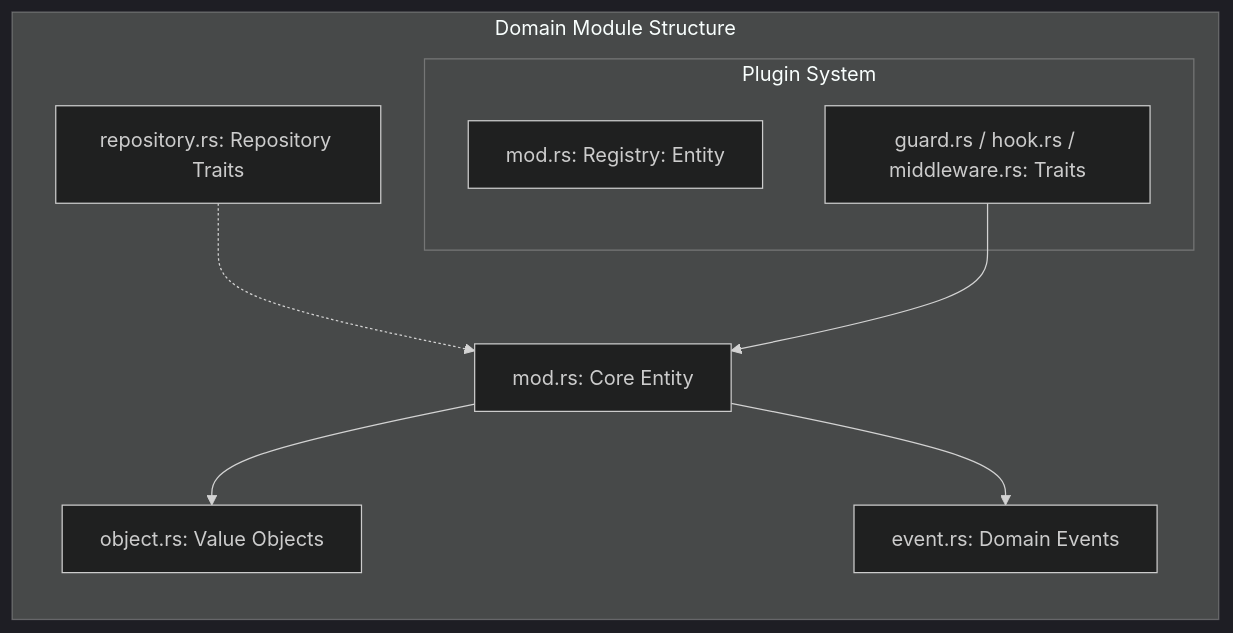
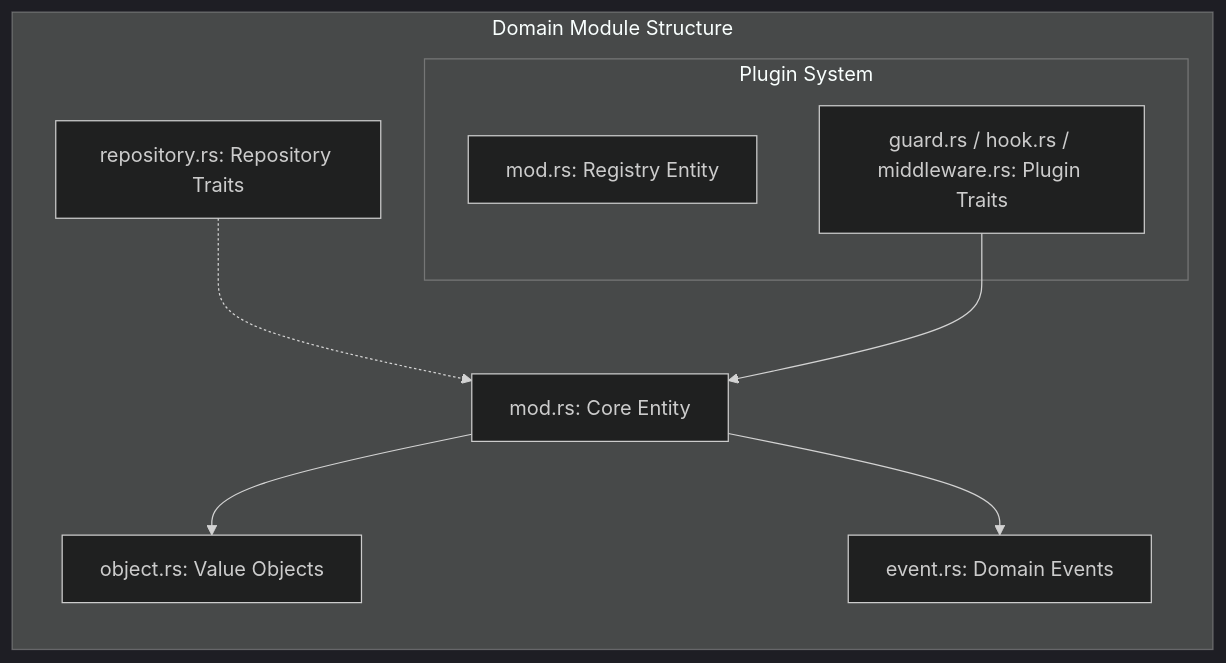
The second of 3 diagrams in README.md (Vancoola/oxide-lms), drawn with Mermaid (dark theme) before and after one commit.

Commit message:
небольшие правки

````diff
--- a/README.md
+++ b/README.md
@@ -176,19 +176,19 @@
 ```mermaid
     graph LR
     subgraph Module [Domain Module Structure]
         model[mod.rs: Core Entity]
         vo[object.rs: Value Objects]
         events[event.rs: Domain Events]
         repo[repository.rs: Repository Traits]
 
         subgraph Plugins [Plugin System]
-            registry[mod.rs: Registry: Entity]
-            hook[guard.rs / hook.rs / middleware.rs: Traits]
+            registry[mod.rs: Registry Entity]
+            hook[guard.rs / hook.rs / middleware.rs: Plugin Traits]
         end
     end
 
     model --> vo
     model --> events
     repo -.-> model
     hook --> model
 ```
````
